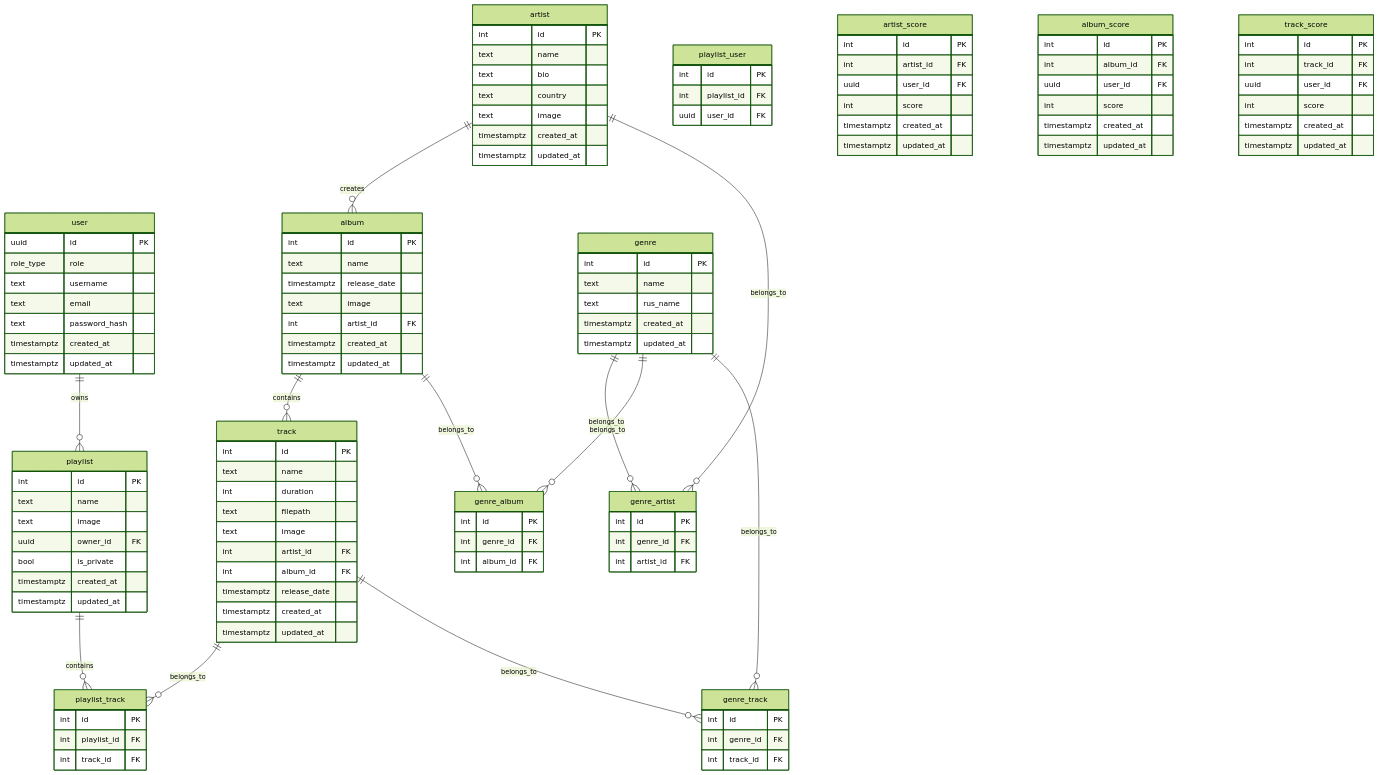
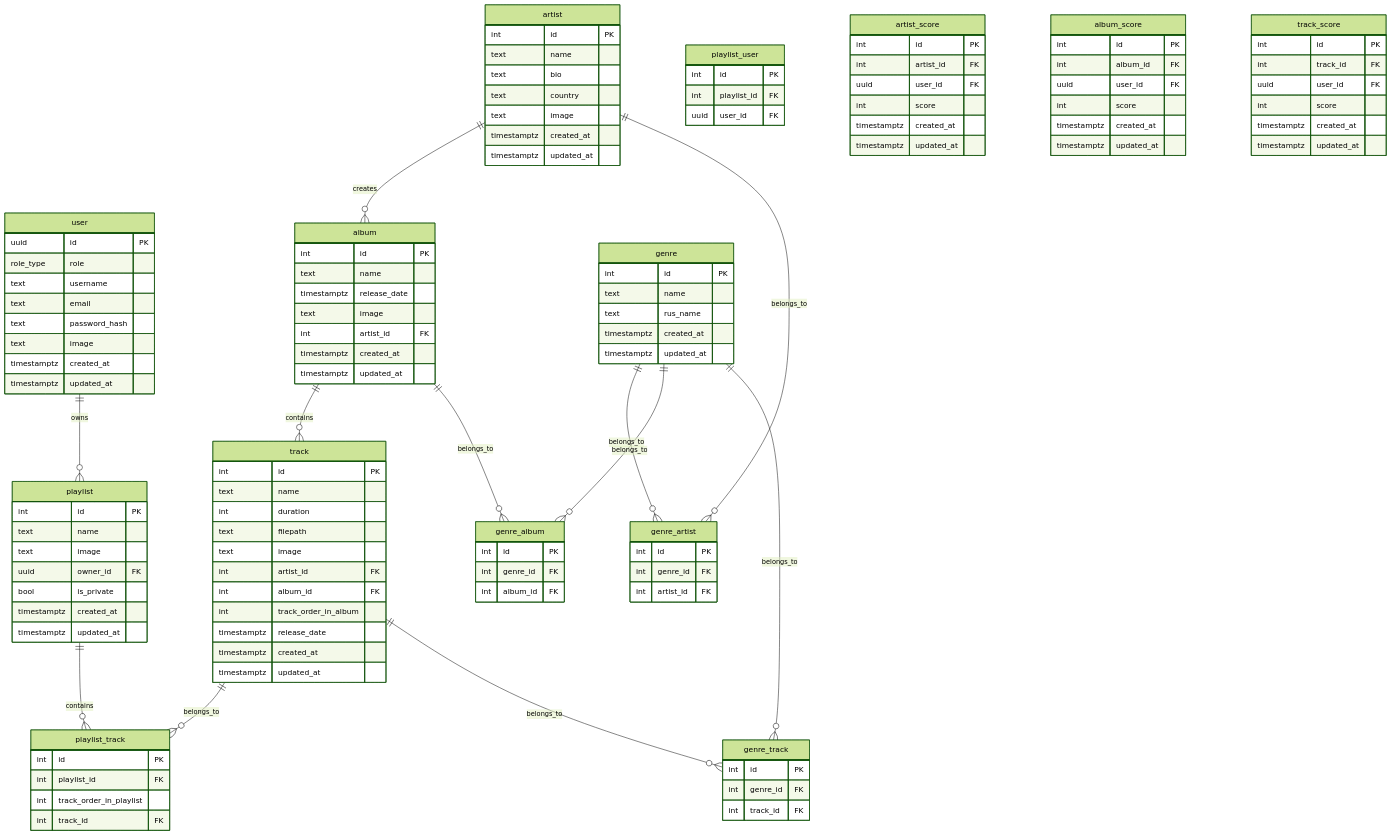
Before and after one commit to go-park-mail-ru/2024_2_NovaCode: the diagram in internal/db/postgres/normalized/erd.md, drawn with Mermaid (forest theme). The commit also changed 1 other file, not shown here.

Commit message:
normalized fixes

```diff
--- a/internal/db/postgres/normalized/erd.md
+++ b/internal/db/postgres/normalized/erd.md
@@ -7,6 +7,7 @@
         text username
         text email
         text password_hash
+        text image
         timestamptz created_at
         timestamptz updated_at
     }
@@ -67,6 +68,7 @@
         text image
         int artist_id FK
         int album_id FK
+        int track_order_in_album
         timestamptz release_date
         timestamptz created_at
         timestamptz updated_at
@@ -75,6 +77,7 @@
     playlist_track {
         int id PK
         int playlist_id FK
+        int track_order_in_playlist
         int track_id FK
     }
 
```
